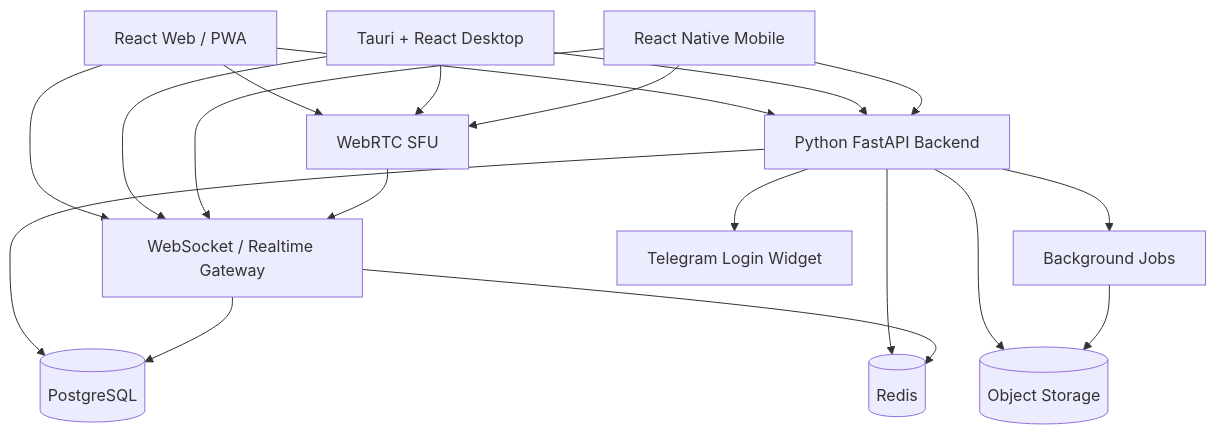
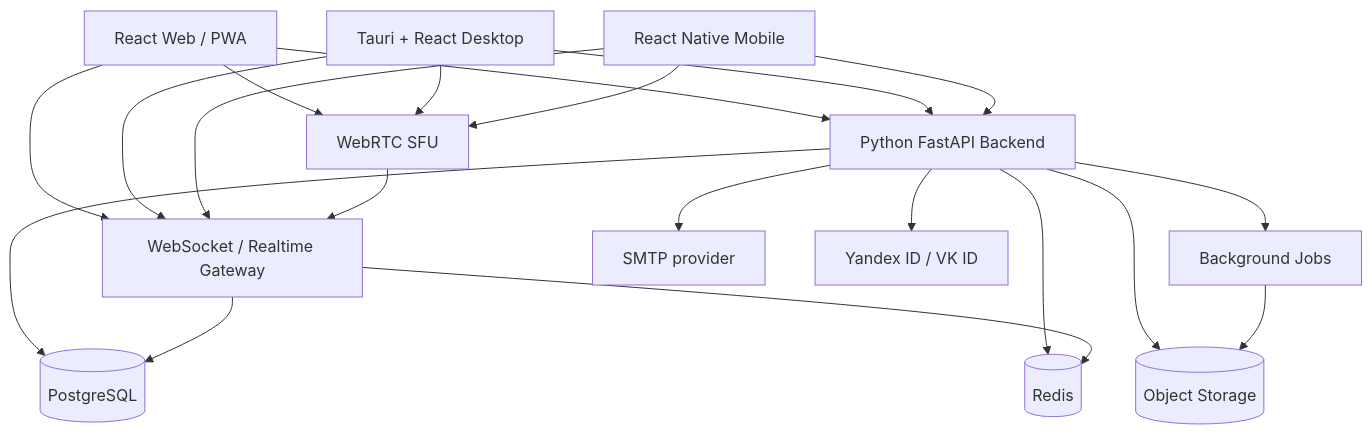
Before and after one commit to arSha9889/Ara: the diagram in plans/architecture.md, drawn with Mermaid. The commit also changed other lines of this file and 39 other files, not shown here.

````diff
--- a/plans/architecture.md
+++ b/plans/architecture.md
@@ -485,36 +485,38 @@
 ```mermaid
 flowchart TB
     Web[React Web / PWA]
     Desktop[Tauri + React Desktop]
     Mobile[React Native Mobile]
 
     API[Python FastAPI Backend]
     WS[WebSocket / Realtime Gateway]
     DB[(PostgreSQL)]
     Redis[(Redis)]
     Storage[(Object Storage)]
     Queue[Background Jobs]
     SFU[WebRTC SFU]
-    Telegram[Telegram Login Widget]
+    SMTP[SMTP provider]
+    OAuth[Yandex ID / VK ID]
 
     Web --> API
     Desktop --> API
     Mobile --> API
 
     Web --> WS
     Desktop --> WS
     Mobile --> WS
 
     API --> DB
     API --> Redis
     API --> Storage
     API --> Queue
-    API --> Telegram
+    API --> SMTP
+    API --> OAuth
     WS --> Redis
     WS --> DB
     Queue --> Storage
     Web --> SFU
     Desktop --> SFU
     Mobile --> SFU
     SFU --> WS
 ```
````
